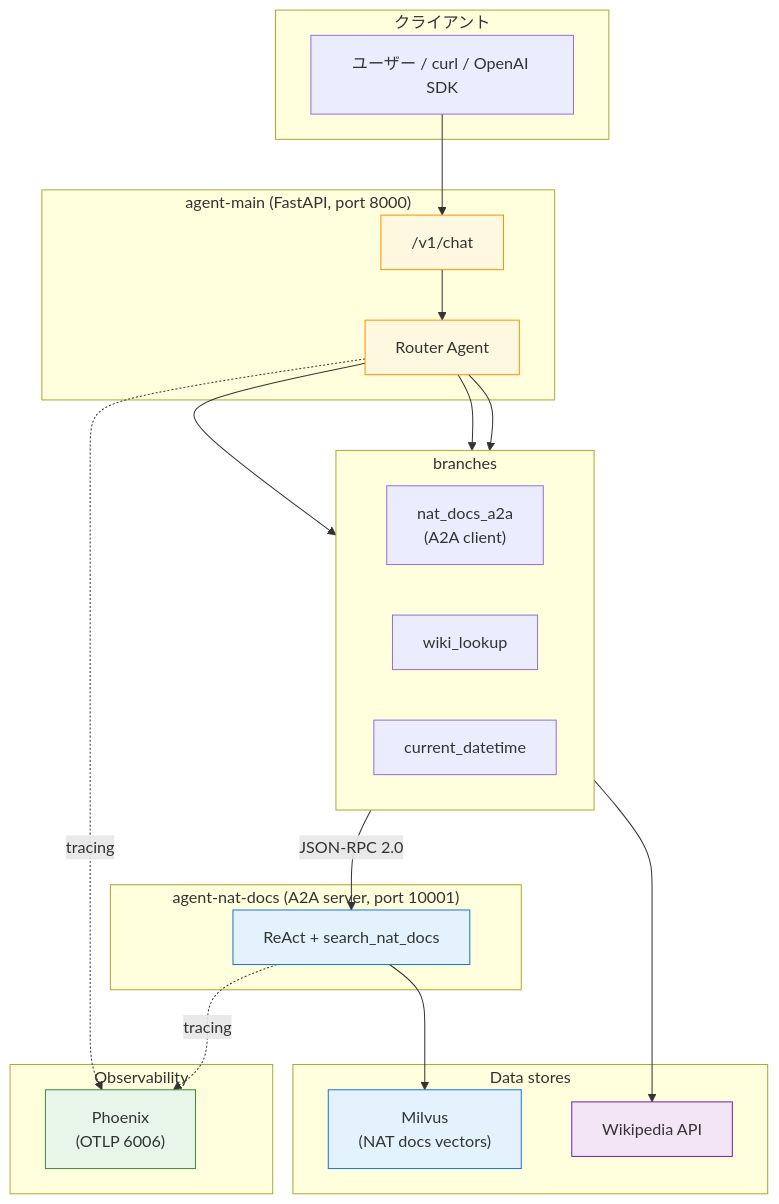
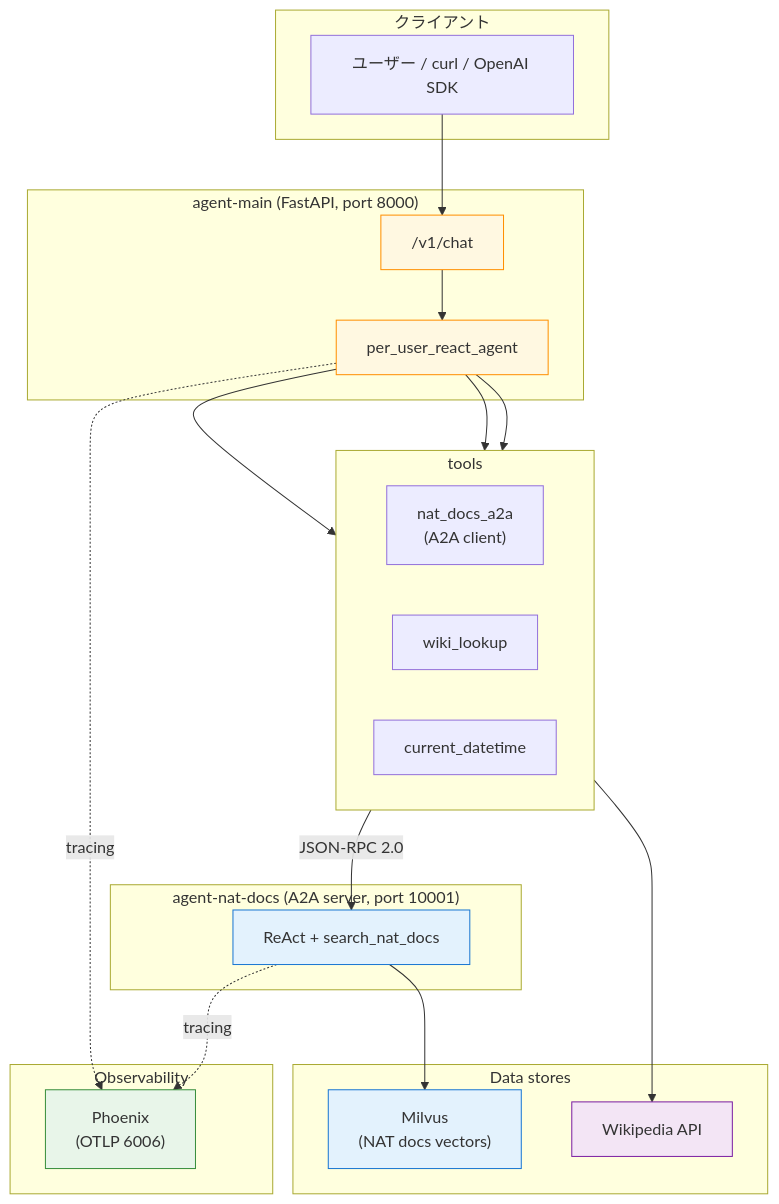
Before and after one commit to himorishige/zenn-contents: the diagram in books/nemo-agent-toolkit-nim-handson/15-final-app.md, drawn with Mermaid. The commit also changed other lines of this file and 4 other files, not shown here.

````diff
--- a/books/nemo-agent-toolkit-nim-handson/15-final-app.md
+++ b/books/nemo-agent-toolkit-nim-handson/15-final-app.md
@@ -24,48 +25,48 @@
 ```mermaid
 graph TB
     subgraph Client["クライアント"]
         U["ユーザー / curl / OpenAI SDK"]
     end
 
     subgraph Front["agent-main (FastAPI, port 8000)"]
         API["/v1/chat"]
-        R["Router Agent"]
+        R["per_user_react_agent"]
         API --> R
     end
 
-    subgraph Branches["branches"]
+    subgraph Branches["tools"]
         direction LR
         B1["nat_docs_a2a<br/>(A2A client)"]
         B2["wiki_lookup"]
         B3["current_datetime"]
     end
 
     subgraph Sub["agent-nat-docs (A2A server, port 10001)"]
         RAG["ReAct + search_nat_docs"]
     end
 
     subgraph Stores["Data stores"]
         M["Milvus<br/>(NAT docs vectors)"]
         W["Wikipedia API"]
     end
 
     subgraph Obs["Observability"]
         P["Phoenix<br/>(OTLP 6006)"]
     end
 
     U --> API
     R --> B1
     R --> B2
     R --> B3
     B1 -->|JSON-RPC 2.0| RAG
     RAG --> M
     B2 --> W
     R -.tracing.-> P
     RAG -.tracing.-> P
     style API fill:#fff8e1,stroke:#ff8f00
     style R fill:#fff8e1,stroke:#ff8f00
     style RAG fill:#e3f2fd,stroke:#1976d2
     style M fill:#e3f2fd,stroke:#1976d2
     style W fill:#f3e5f5,stroke:#7b1fa2
     style P fill:#e8f5e9,stroke:#388e3c
 ```
````
